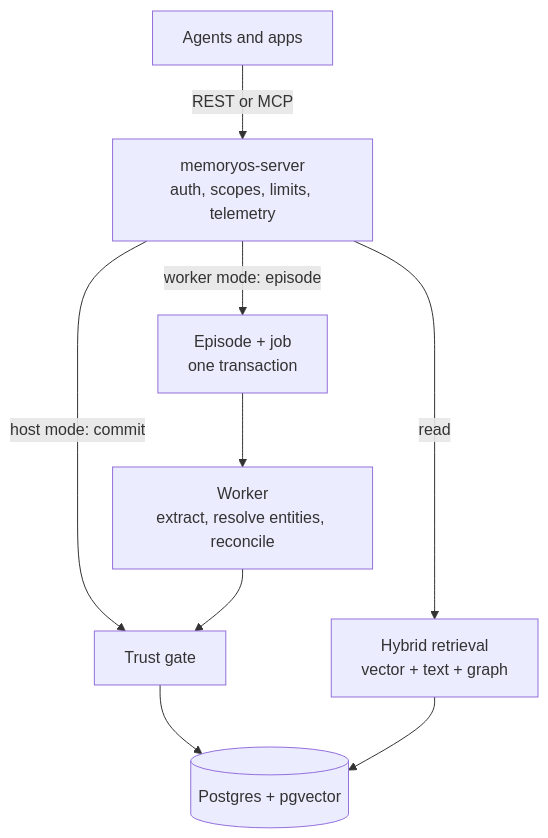
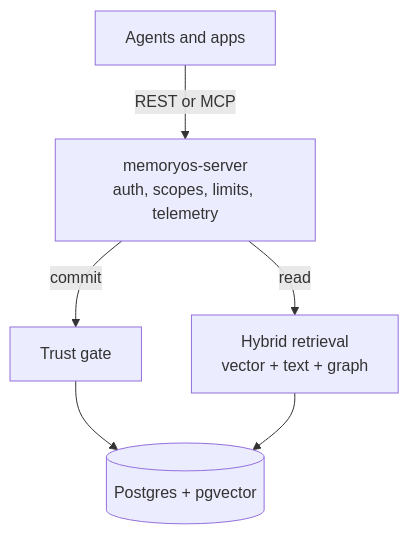
One commit to arkrwn/memoryos changed the first of 2 diagrams in README.md. Above: the diagram before and after it, drawn with Mermaid. The commit also changed other lines of this file and 19 other files, not shown here.

Commit message:
docs: all | host mode only: rewrite spec, OpenAPI, runbook and plan; remove worker from deploy and CI; add hooks to the CI test list

````diff
--- a/README.md
+++ b/README.md
@@ -105,11 +106,8 @@
 ```mermaid
 flowchart TD
     A[Agents and apps] -->|REST or MCP| S[memoryos-server<br/>auth, scopes, limits, telemetry]
-    S -->|host mode: commit| G[Trust gate]
-    S -->|worker mode: episode| E[Episode + job<br/>one transaction]
+    S -->|commit| G[Trust gate]
     S -->|read| R[Hybrid retrieval<br/>vector + text + graph]
-    E --> W[Worker<br/>extract, resolve entities, reconcile]
-    W --> G
     G --> DB[(Postgres + pgvector)]
     R --> DB
 ```
````
